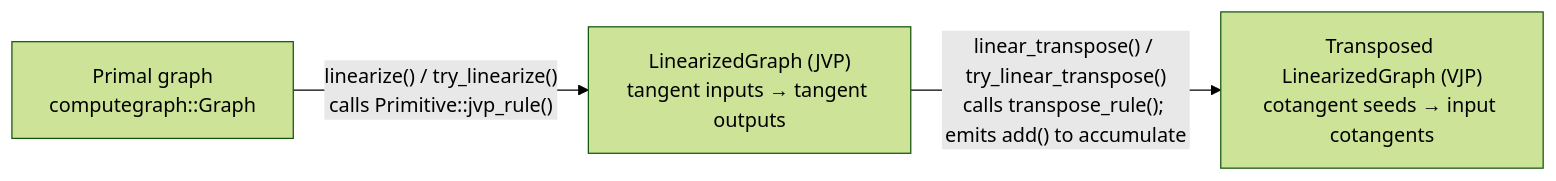
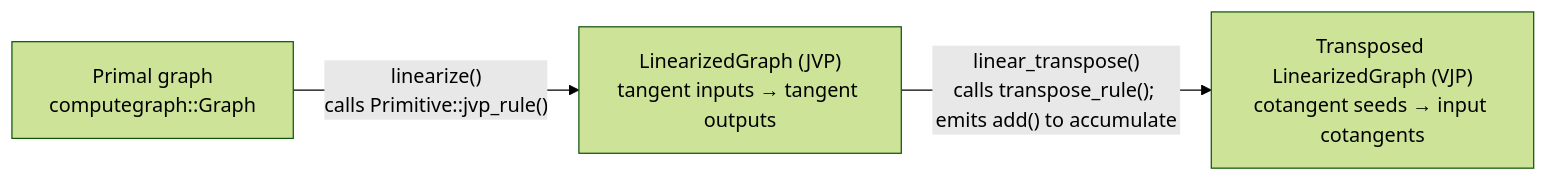
Before and after one commit to tensor4all/tidu-rs: the second of 3 diagrams in docs/architecture/overview.qmd, drawn with Mermaid (forest theme). The commit also changed other lines of this file and 40 other files, not shown here.

````diff
--- a/docs/architecture/overview.qmd
+++ b/docs/architecture/overview.qmd
@@ -37,8 +37,8 @@
 ```{mermaid}
 flowchart LR
   SRC["Primal graph<br/>computegraph::Graph"]
   JVP["LinearizedGraph (JVP)<br/>tangent inputs → tangent outputs"]
   VJP["Transposed LinearizedGraph (VJP)<br/>cotangent seeds → input cotangents"]
-  SRC -->|"linearize() / try_linearize()<br/>calls Primitive::jvp_rule()"| JVP
-  JVP -->|"linear_transpose() / try_linear_transpose()<br/>calls transpose_rule(); emits add() to accumulate"| VJP
+  SRC -->|"linearize()<br/>calls Primitive::jvp_rule()"| JVP
+  JVP -->|"linear_transpose()<br/>calls transpose_rule(); emits add() to accumulate"| VJP
 ```
````
